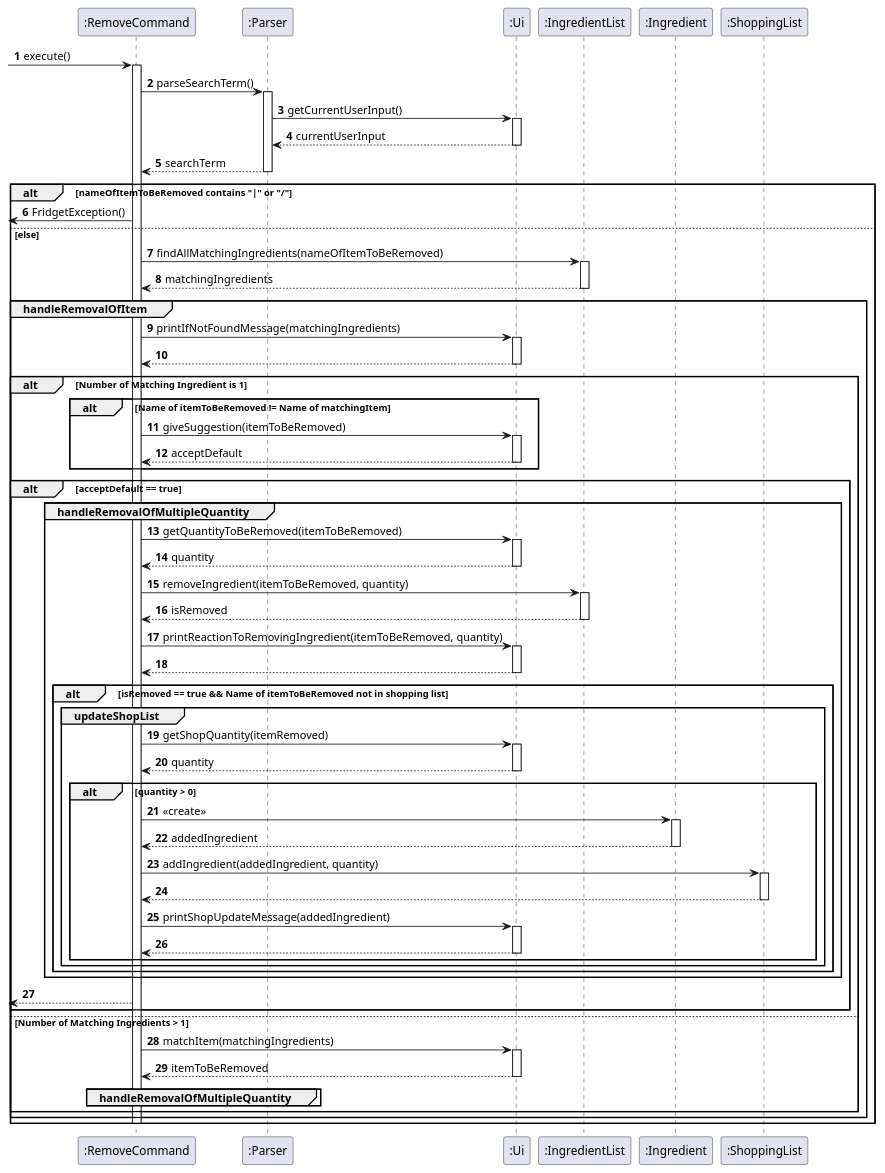
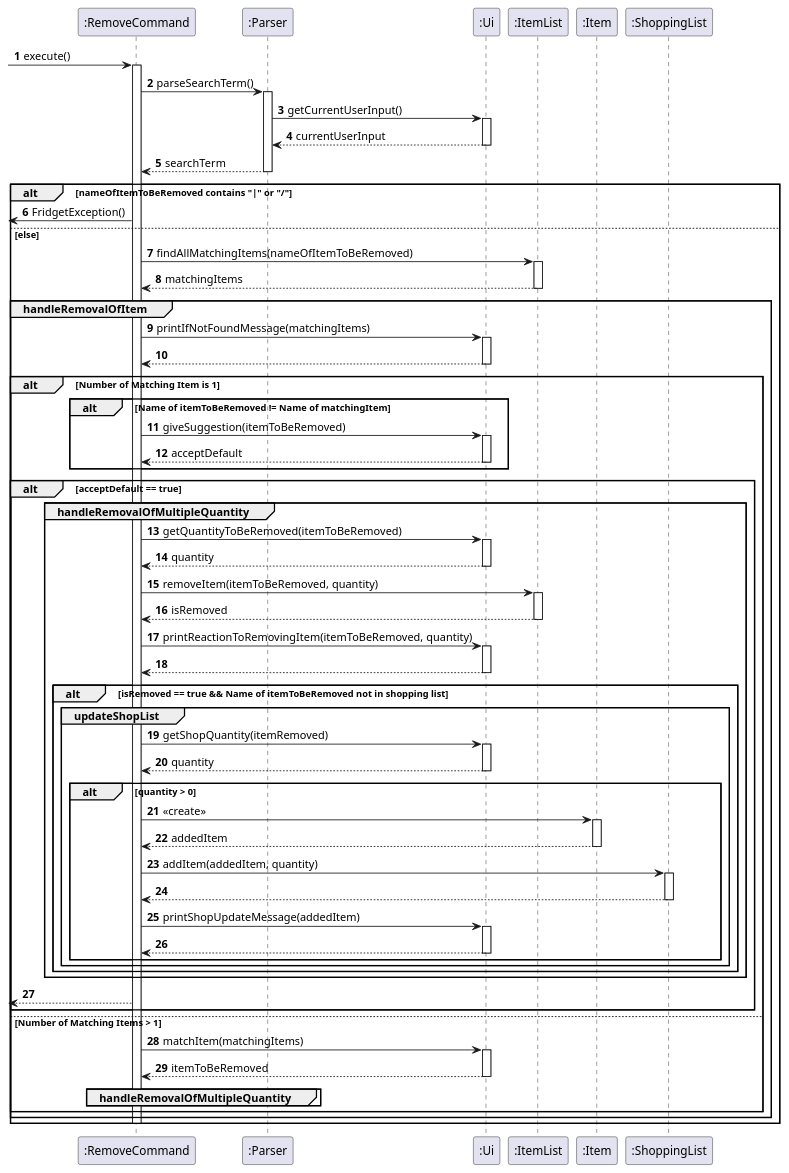
One commit to uosjapuelks/tp changed the diagram in docs/umlDiagrams/RemoveSequence.puml. Above: the diagram before and after it, drawn with PlantUML. The commit also changed 40 other files, not shown here.

Commit message:
Standardized to use Item instead of Ingredient.

```diff
--- a/docs/umlDiagrams/RemoveSequence.puml
+++ b/docs/umlDiagrams/RemoveSequence.puml
@@ -1,91 +1,91 @@
 @startuml
 'https://plantuml.com/sequence-diagram
 
 autonumber
 
 -> ":RemoveCommand"++: execute()
 
 ":RemoveCommand" -> ":Parser"++: parseSearchTerm()
 
 ":Parser" -> ":Ui"++: getCurrentUserInput()
 ":Parser" <-- ":Ui"--: currentUserInput
 
 ":RemoveCommand" <-- ":Parser"--: searchTerm
 
 alt nameOfItemToBeRemoved contains "|" or "/"
 
 <- ":RemoveCommand": FridgetException()
 
 else else
 
-":RemoveCommand" -> ":IngredientList"++: findAllMatchingIngredients(nameOfItemToBeRemoved)
-":RemoveCommand" <-- ":IngredientList"--: matchingIngredients
+":RemoveCommand" -> ":ItemList"++: findAllMatchingItems(nameOfItemToBeRemoved)
+":RemoveCommand" <-- ":ItemList"--: matchingItems
 
     group handleRemovalOfItem
 
-        ":RemoveCommand" -> ":Ui"++: printIfNotFoundMessage(matchingIngredients)
+        ":RemoveCommand" -> ":Ui"++: printIfNotFoundMessage(matchingItems)
         ":RemoveCommand" <-- ":Ui"--
 
-        alt Number of Matching Ingredient is 1
+        alt Number of Matching Item is 1
 
             alt Name of itemToBeRemoved != Name of matchingItem
                 ":RemoveCommand" -> ":Ui"++: giveSuggestion(itemToBeRemoved)
                 ":RemoveCommand" <-- ":Ui"--: acceptDefault
             end
 
             alt acceptDefault == true
 
                 group handleRemovalOfMultipleQuantity
 
                     ":RemoveCommand" -> ":Ui"++: getQuantityToBeRemoved(itemToBeRemoved)
                     ":RemoveCommand" <-- ":Ui"--: quantity
 
-                    ":RemoveCommand" -> ":IngredientList"++: removeIngredient(itemToBeRemoved, quantity)
-                    ":RemoveCommand" <-- ":IngredientList"--: isRemoved
+                    ":RemoveCommand" -> ":ItemList"++: removeItem(itemToBeRemoved, quantity)
+                    ":RemoveCommand" <-- ":ItemList"--: isRemoved
 
-                    ":RemoveCommand" -> ":Ui"++: printReactionToRemovingIngredient(itemToBeRemoved, quantity)
+                    ":RemoveCommand" -> ":Ui"++: printReactionToRemovingItem(itemToBeRemoved, quantity)
                     ":RemoveCommand" <-- ":Ui"--
 
                     alt isRemoved == true && Name of itemToBeRemoved not in shopping list
 
                         group updateShopList
 
                             ":RemoveCommand" -> ":Ui"++: getShopQuantity(itemRemoved)
                             ":RemoveCommand" <-- ":Ui"--: quantity
 
                             alt quantity > 0
-                                ":RemoveCommand" -> ":Ingredient"++: <<create>>
-                                ":RemoveCommand" <-- ":Ingredient"--: addedIngredient
+                                ":RemoveCommand" -> ":Item"++: <<create>>
+                                ":RemoveCommand" <-- ":Item"--: addedItem
 
-                                ":RemoveCommand" -> ":ShoppingList"++: addIngredient(addedIngredient, quantity)
+                                ":RemoveCommand" -> ":ShoppingList"++: addItem(addedItem, quantity)
                                 ":RemoveCommand" <-- ":ShoppingList"--
 
-                                ":RemoveCommand" -> ":Ui"++: printShopUpdateMessage(addedIngredient)
+                                ":RemoveCommand" -> ":Ui"++: printShopUpdateMessage(addedItem)
                                 ":RemoveCommand" <-- ":Ui"--
                             end
 
                         end
 
                     end
 
                 end
 
                 <-- ":RemoveCommand"
 
             end
 
-        else Number of Matching Ingredients > 1
+        else Number of Matching Items > 1
 
-            ":RemoveCommand" -> ":Ui"++: matchItem(matchingIngredients)
+            ":RemoveCommand" -> ":Ui"++: matchItem(matchingItems)
             ":RemoveCommand" <-- ":Ui"--: itemToBeRemoved
 
             group handleRemovalOfMultipleQuantity
             end
 
         end
 
     end
     deactivate ":RemoveCommand"
 end
 
 @enduml
```
